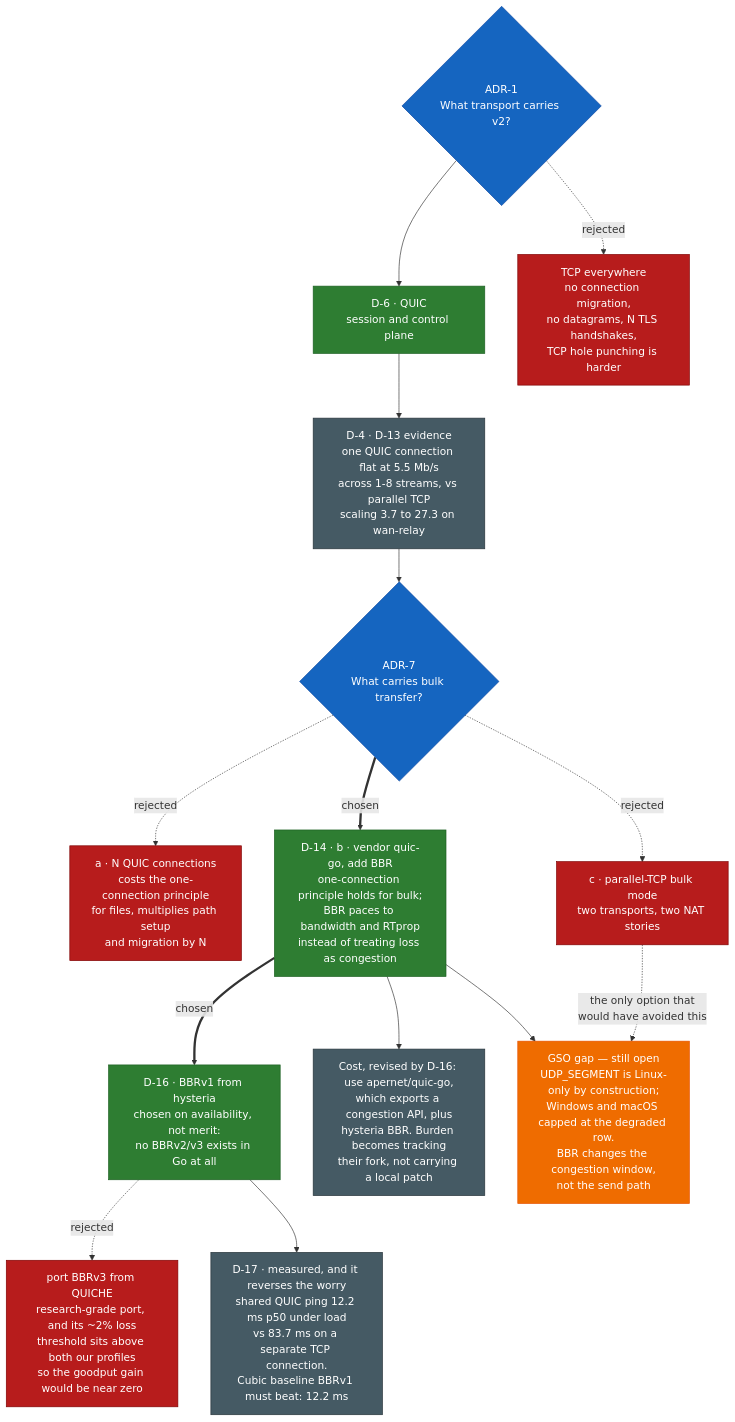
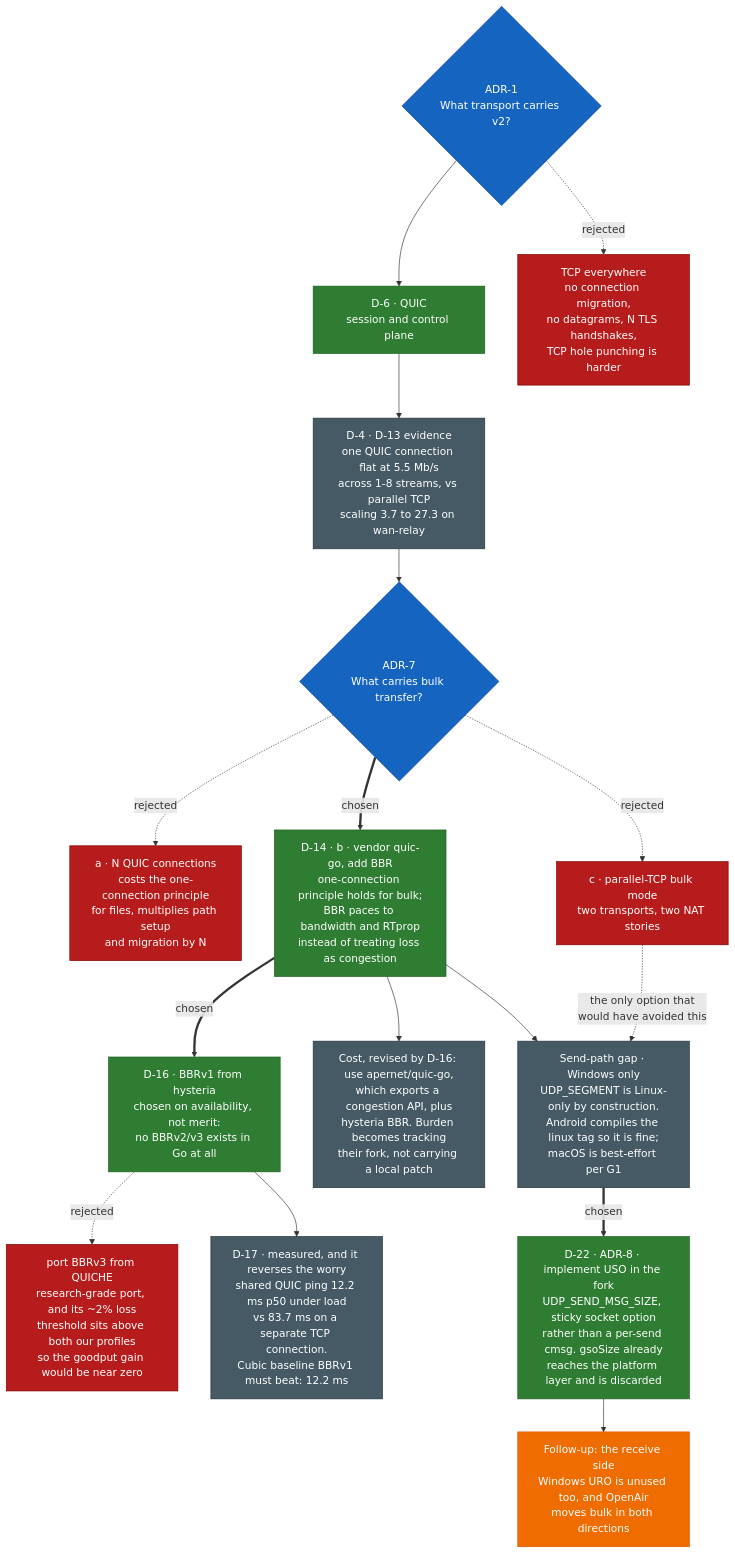
Before and after one commit to shreyashsri79/OpenAir: the first of 4 diagrams in docs/decision-tree.md, drawn with Mermaid. The commit also changed other lines of this file and 1 other file, not shown here.

````diff
--- a/docs/decision-tree.md
+++ b/docs/decision-tree.md
@@ -39,26 +40,28 @@
 ```mermaid
 flowchart TD
     Q1{"ADR-1<br/>What transport carries v2?"}:::question
     Q1 --> D6["D-6 · QUIC<br/>session and control plane"]:::accepted
     Q1 -.rejected.-> R1["TCP everywhere<br/>no connection migration,<br/>no datagrams, N TLS handshakes,<br/>TCP hole punching is harder"]:::rejected
 
     D6 --> E1["D-4 · D-13 evidence<br/>one QUIC connection flat at 5.5 Mb/s<br/>across 1-8 streams, vs parallel TCP<br/>scaling 3.7 to 27.3 on wan-relay"]:::evidence
     E1 --> Q2{"ADR-7<br/>What carries bulk transfer?"}:::question
 
     Q2 -.rejected.-> R2A["a · N QUIC connections<br/>costs the one-connection principle<br/>for files, multiplies path setup<br/>and migration by N"]:::rejected
     Q2 ==chosen==> D14["D-14 · b · vendor quic-go, add BBR<br/>one-connection principle holds for bulk;<br/>BBR paces to bandwidth and RTprop<br/>instead of treating loss as congestion"]:::accepted
     Q2 -.rejected.-> R2C["c · parallel-TCP bulk mode<br/>two transports, two NAT stories"]:::rejected
 
     D14 ==chosen==> SUB["D-16 · BBRv1 from hysteria<br/>chosen on availability, not merit:<br/>no BBRv2/v3 exists in Go at all"]:::accepted
     SUB -.rejected.-> R3V["port BBRv3 from QUICHE<br/>research-grade port, and its ~2% loss<br/>threshold sits above both our profiles<br/>so the goodput gain would be near zero"]:::rejected
     SUB --> QUEUE["D-17 · measured, and it reverses the worry<br/>shared QUIC ping 12.2 ms p50 under load<br/>vs 83.7 ms on a separate TCP connection.<br/>Cubic baseline BBRv1 must beat: 12.2 ms"]:::evidence
     D14 --> COST["Cost, revised by D-16: use apernet/quic-go,<br/>which exports a congestion API, plus<br/>hysteria BBR. Burden becomes tracking<br/>their fork, not carrying a local patch"]:::evidence
-    D14 --> GSO["GSO gap — still open<br/>UDP_SEGMENT is Linux-only by construction;<br/>Windows and macOS capped at the degraded row.<br/>BBR changes the congestion window,<br/>not the send path"]:::open
+    D14 --> GSO["Send-path gap · Windows only<br/>UDP_SEGMENT is Linux-only by construction.<br/>Android compiles the linux tag so it is fine;<br/>macOS is best-effort per G1"]:::evidence
     R2C -.->|"the only option that<br/>would have avoided this"| GSO
+    GSO ==chosen==> D22["D-22 · ADR-8 · implement USO in the fork<br/>UDP_SEND_MSG_SIZE, sticky socket option<br/>rather than a per-send cmsg. gsoSize already<br/>reaches the platform layer and is discarded"]:::accepted
+    D22 --> URO["Follow-up: the receive side<br/>Windows URO is unused too, and OpenAir<br/>moves bulk in both directions"]:::open
 
     classDef question fill:#1565c0,color:#fff,stroke:#0d47a1
     classDef accepted fill:#2e7d32,color:#fff,stroke:#1b5e20
     classDef rejected fill:#b71c1c,color:#fff,stroke:#7f0000
     classDef open fill:#ef6c00,color:#fff,stroke:#e65100
     classDef evidence fill:#455a64,color:#fff,stroke:#263238
 ```
````
